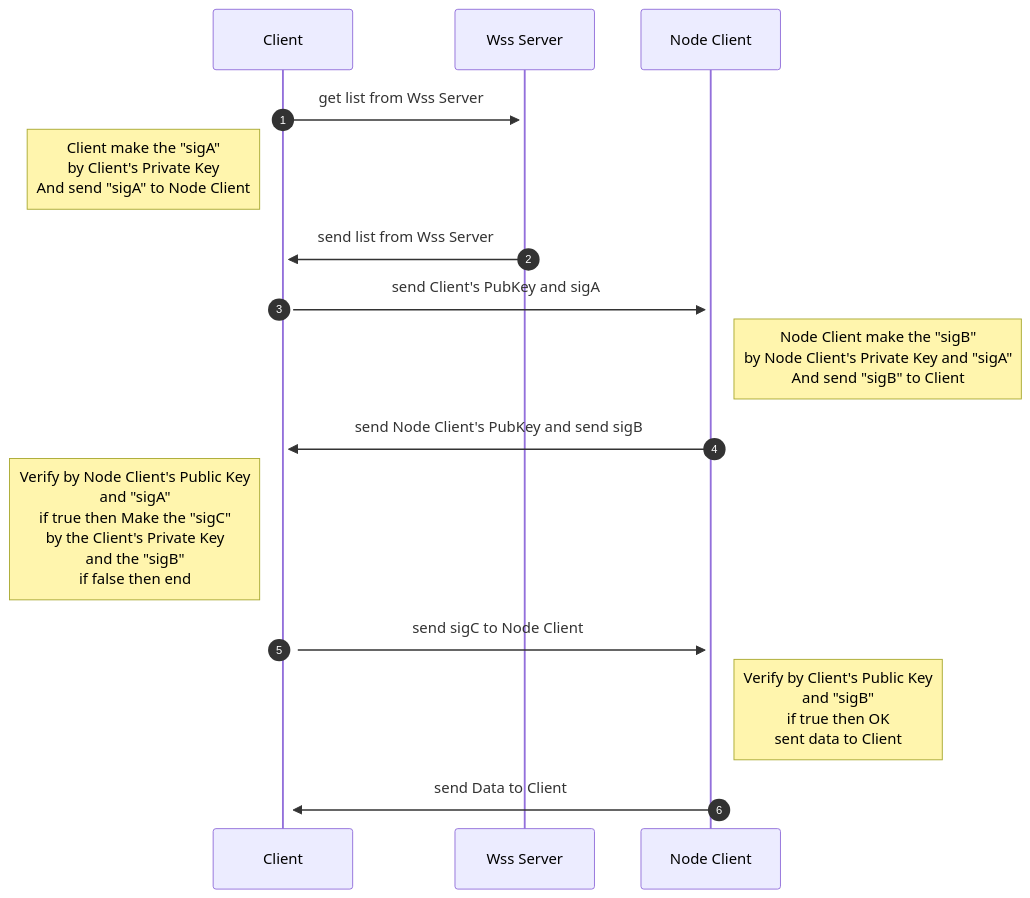
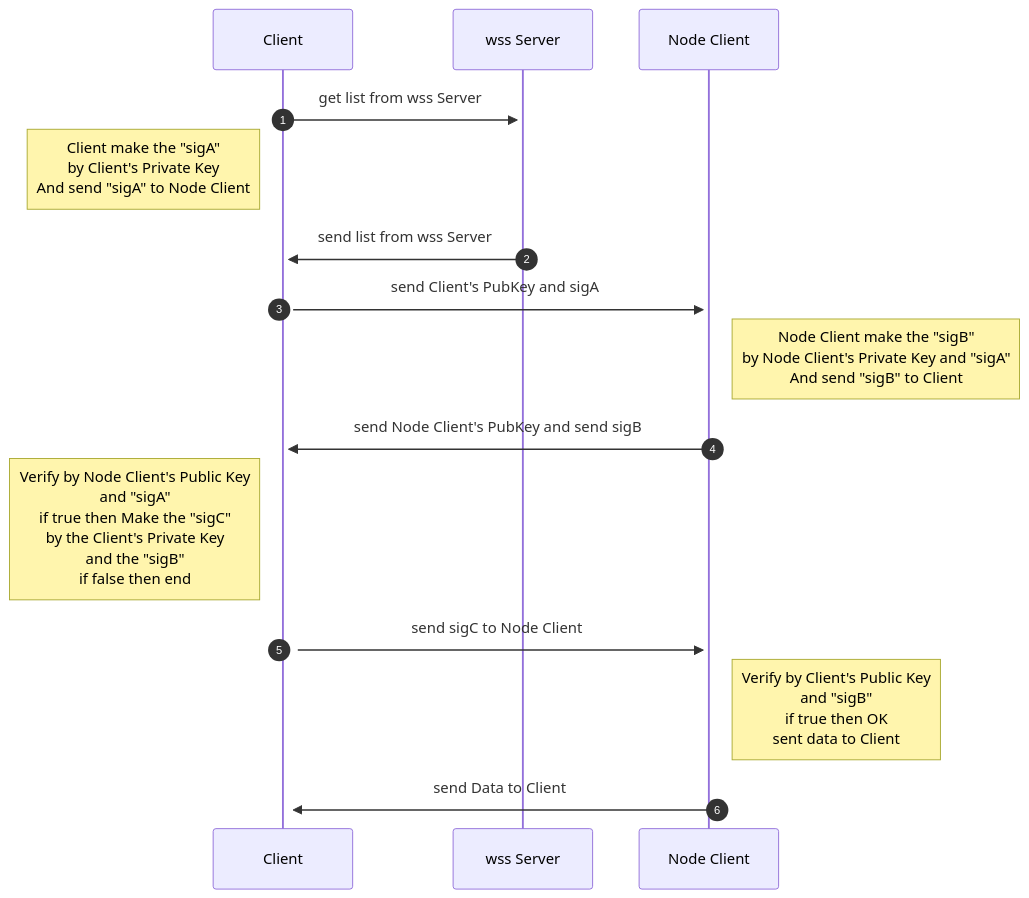
One commit to toshirot/w2w changed the fourth of 6 diagrams in README.md. Above: the diagram before and after it, drawn with Mermaid. The commit also changed other lines of this file, not shown here.

````diff
--- a/README.md
+++ b/README.md
@@ -165,14 +167,14 @@
 ```mermaid
 sequenceDiagram
   autonumber
-    Client->>+Wss Server: get list from Wss Server
+    Client->>+wss Server: get list from wss Server
         Note left of Client:  Client make the "sigA" <br/>by Client's Private Key<br/>And send "sigA" to Node Client
-    Wss Server->>+Client: send list from Wss Server
+    wss Server->>+Client: send list from wss Server
     Client->>+Node Client: send Client's PubKey and sigA
         Note right of Node Client: Node Client make the "sigB" <br/>by Node Client's Private Key and "sigA"<br/>And send "sigB" to Client
     Node Client->>+Client:send Node Client's PubKey and send sigB
         Note left of Client: Verify by Node Client's Public Key <br/>and "sigA"<br/>if true then Make the "sigC" <br/>by the Client's Private Key <br/>and the "sigB"<br/>if false then end
     Client->>+Node Client: send sigC to Node Client
         Note right of Node Client:  Verify by Client's Public Key<br/>and "sigB"<br/>if true then OK<br/>sent   data to Client
     Node Client->>+Client:send Data to Client
 ```
````
